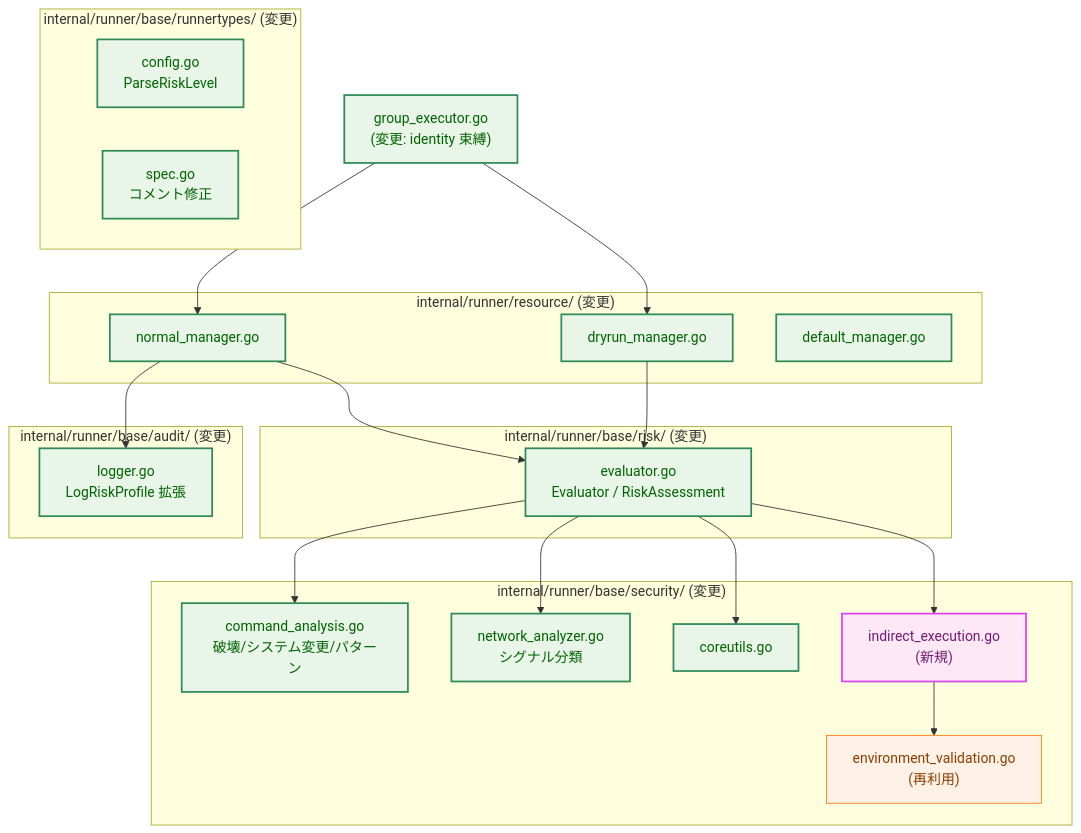
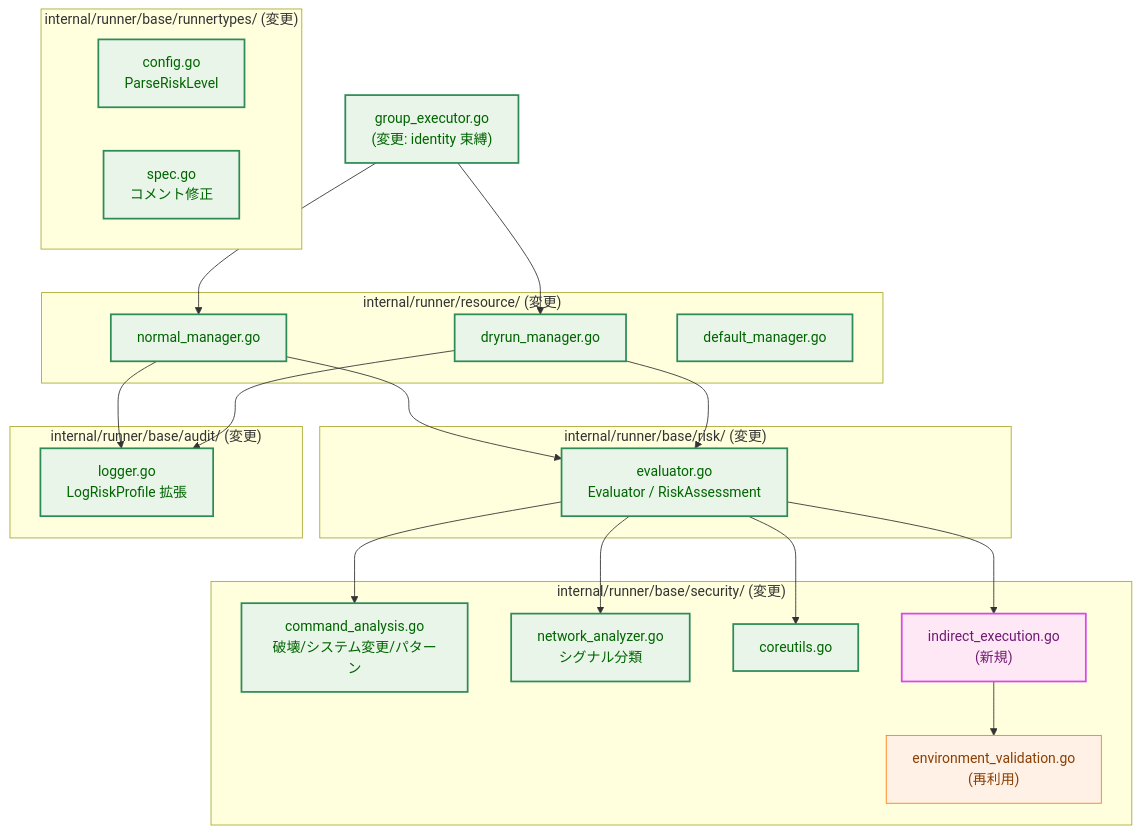
Before and after one commit to isseis/go-safe-cmd-runner: the fifth of 12 diagrams in docs/tasks/0136_runtime_risk_evaluation_enforcement/02_architecture.md, drawn with Mermaid. The commit also changed other lines of this file and 1 other file, not shown here.

````diff
--- a/docs/tasks/0136_runtime_risk_evaluation_enforcement/02_architecture.md
+++ b/docs/tasks/0136_runtime_risk_evaluation_enforcement/02_architecture.md
@@ -121,45 +121,46 @@
 ```mermaid
 graph TB
     classDef process fill:#fff1e6,stroke:#ff7f0e,stroke-width:1px,color:#8a3e00;
     classDef enhanced fill:#e8f5e8,stroke:#2e8b57,stroke-width:2px,color:#006400;
     classDef newpkg fill:#ffe8f5,stroke:#d946ef,stroke-width:2px,color:#701a75;
 
     subgraph risk ["internal/runner/base/risk/ (変更)"]
         R1["evaluator.go<br>Evaluator / RiskAssessment"]
     end
     subgraph sec ["internal/runner/base/security/ (変更)"]
         S1["command_analysis.go<br>破壊/システム変更/パターン"]
         S2["network_analyzer.go<br>シグナル分類"]
         S3["coreutils.go"]
         S4["indirect_execution.go<br>(新規)"]
         S5["environment_validation.go<br>(再利用)"]
     end
     subgraph rt ["internal/runner/base/runnertypes/ (変更)"]
         T1["config.go<br>ParseRiskLevel"]
         T2["spec.go<br>コメント修正"]
     end
     subgraph res ["internal/runner/resource/ (変更)"]
         M1["normal_manager.go"]
         M2["dryrun_manager.go"]
         M3["default_manager.go"]
     end
     subgraph aud ["internal/runner/base/audit/ (変更)"]
         A1["logger.go<br>LogRiskProfile 拡張"]
     end
     GE["group_executor.go<br>(変更: identity 束縛)"]
 
     GE --> M1
     GE --> M2
     M1 --> R1
     M2 --> R1
     R1 --> S1
     R1 --> S2
     R1 --> S3
     R1 --> S4
     S4 --> S5
     M1 --> A1
+    M2 --> A1
 
     class S4 newpkg
     class R1,S1,S2,S3,M1,M2,M3,T1,T2,A1,GE enhanced
     class S5 process
 ```
````
